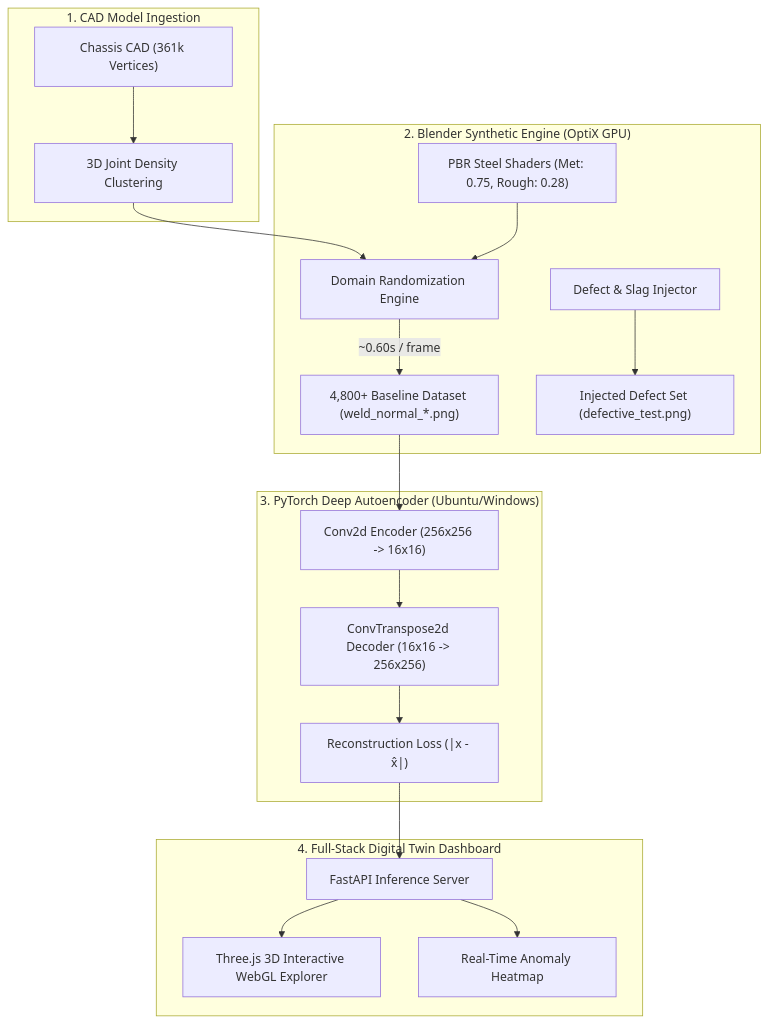
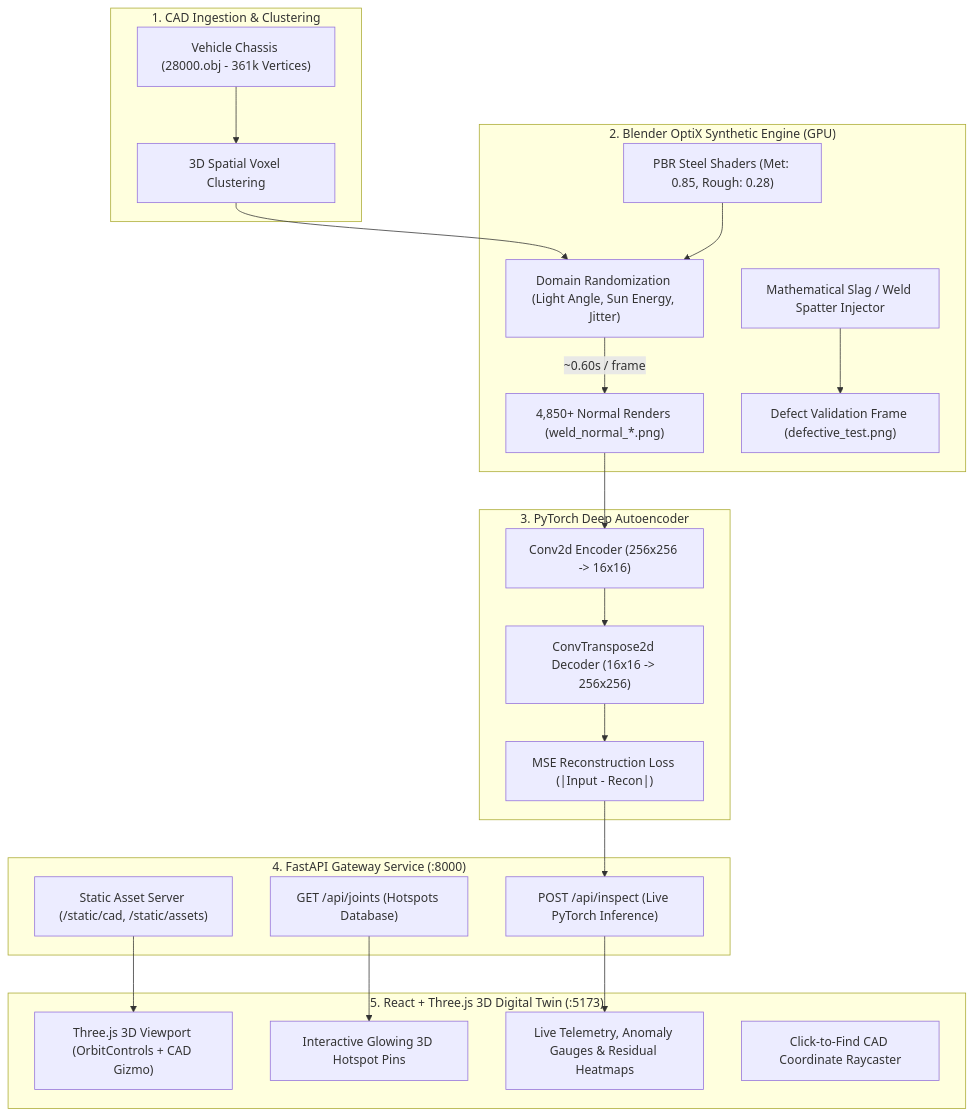
Before and after one commit to Arkz-Deepak/AutoTwin-AI: the diagram in README.md, drawn with Mermaid. The commit also changed other lines of this file and 1 other file, not shown here.

Commit message:
docs: update README with full-stack 3D Digital Twin architecture, visual galleries, and quickstart guide

````diff
--- a/README.md
+++ b/README.md
@@ -44,34 +46,42 @@
 ```mermaid
 flowchart TD
-    subgraph CAD ["1. CAD Model Ingestion"]
-        CAD_OBJ["Chassis CAD (361k Vertices)"]
-        CLUSTER["3D Joint Density Clustering"]
-        CAD_OBJ --> CLUSTER
+    subgraph CADLayer ["1. CAD Ingestion & Clustering"]
+        CAD["Vehicle Chassis (28000.obj - 361k Vertices)"]
+        CLUSTER["3D Spatial Voxel Clustering"]
+        CAD --> CLUSTER
     end
 
-    subgraph SyntheticEngine ["2. Blender Synthetic Engine (OptiX GPU)"]
-        PBR["PBR Steel Shaders (Met: 0.75, Rough: 0.28)"]
-        DOMAIN_RAND["Domain Randomization Engine"]
-        ANOMALY_GEN["Defect & Slag Injector"]
-        CLUSTER --> DOMAIN_RAND
-        PBR --> DOMAIN_RAND
-        DOMAIN_RAND --> |~0.60s / frame| BASELINE_DATA["4,800+ Baseline Dataset (weld_normal_*.png)"]
-        ANOMALY_GEN --> DEFECT_DATA["Injected Defect Set (defective_test.png)"]
+    subgraph SyntheticGen ["2. Blender OptiX Synthetic Engine (GPU)"]
+        PBR["PBR Steel Shaders (Met: 0.85, Rough: 0.28)"]
+        RANDOM["Domain Randomization (Light Angle, Sun Energy, Jitter)"]
+        ANOMALY["Mathematical Slag / Weld Spatter Injector"]
+        CLUSTER --> RANDOM
+        PBR --> RANDOM
+        RANDOM --> |~0.60s / frame| BASELINE["4,850+ Normal Renders (weld_normal_*.png)"]
+        ANOMALY --> DEFECT_IMG["Defect Validation Frame (defective_test.png)"]
     end
 
-    subgraph AI ["3. PyTorch Deep Autoencoder (Ubuntu/Windows)"]
+    subgraph NeuralAI ["3. PyTorch Deep Autoencoder"]
         ENC["Conv2d Encoder (256x256 -> 16x16)"]
         DEC["ConvTranspose2d Decoder (16x16 -> 256x256)"]
-        MSE["Reconstruction Loss (|x - x̂|)"]
-        BASELINE_DATA --> ENC --> DEC --> MSE
+        LOSS["MSE Reconstruction Loss (|Input - Recon|)"]
+        BASELINE --> ENC --> DEC --> LOSS
     end
 
-    subgraph DigitalTwin ["4. Full-Stack Digital Twin Dashboard"]
-        API["FastAPI Inference Server"]
-        WEB3D["Three.js 3D Interactive WebGL Explorer"]
-        HEATMAP["Real-Time Anomaly Heatmap"]
-        MSE --> API
-        API --> HEATMAP
-        API --> WEB3D
+    subgraph BackendAPI ["4. FastAPI Gateway Service (:8000)"]
+        API_JOINTS["GET /api/joints (Hotspots Database)"]
+        API_INSPECT["POST /api/inspect (Live PyTorch Inference)"]
+        STATIC["Static Asset Server (/static/cad, /static/assets)"]
+        LOSS --> API_INSPECT
+    end
+
+    subgraph WebDashboard ["5. React + Three.js 3D Digital Twin (:5173)"]
+        CANVAS["Three.js 3D Viewport (OrbitControls + CAD Gizmo)"]
+        HOTSPOTS["Interactive Glowing 3D Hotspot Pins"]
+        SIDEBAR["Live Telemetry, Anomaly Gauges & Residual Heatmaps"]
+        RAYCAST["Click-to-Find CAD Coordinate Raycaster"]
+        STATIC --> CANVAS
+        API_JOINTS --> HOTSPOTS
+        API_INSPECT --> SIDEBAR
     end
 ```
````
